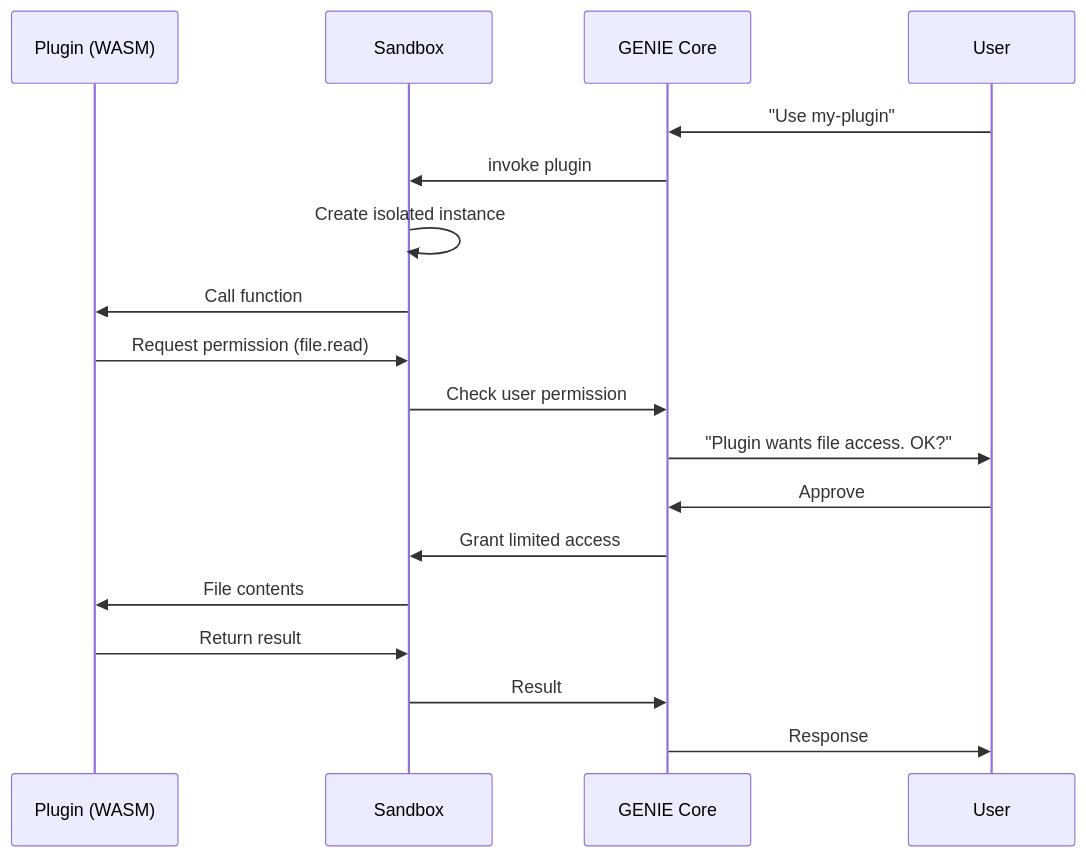
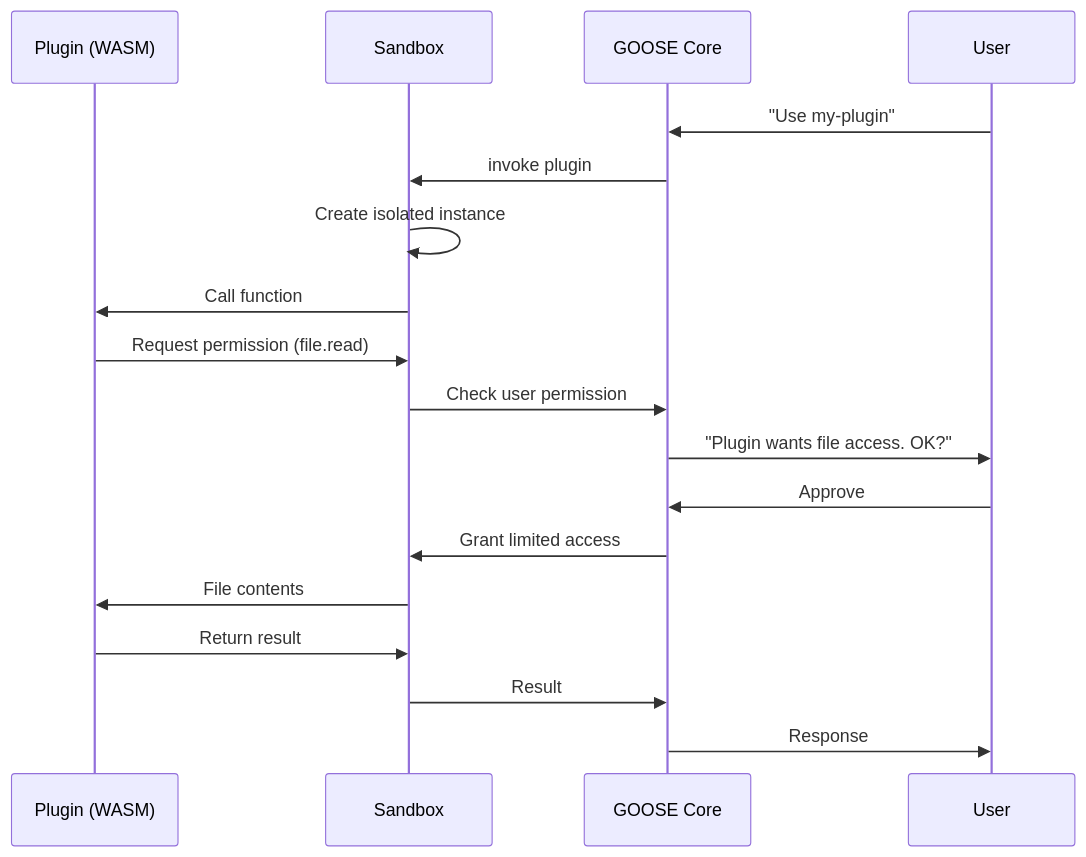
The second of 3 diagrams in .moai/project/ecosystem.md (modu-ai/mink), drawn with Mermaid before and after one commit. The commit also changed other lines of this file and 150 other files, not shown here.

````diff
--- a/.moai/project/ecosystem.md
+++ b/.moai/project/ecosystem.md
@@ -443,21 +443,21 @@
 ```mermaid
 sequenceDiagram
     participant P as Plugin (WASM)
     participant S as Sandbox
-    participant G as GENIE Core
+    participant G as GOOSE Core
     participant U as User
     
     U->>G: "Use my-plugin"
     G->>S: invoke plugin
     S->>S: Create isolated instance
     S->>P: Call function
     P->>S: Request permission (file.read)
     S->>G: Check user permission
     G->>U: "Plugin wants file access. OK?"
     U->>G: Approve
     G->>S: Grant limited access
     S->>P: File contents
     P->>S: Return result
     S->>G: Result
     G->>U: Response
 ```
````
